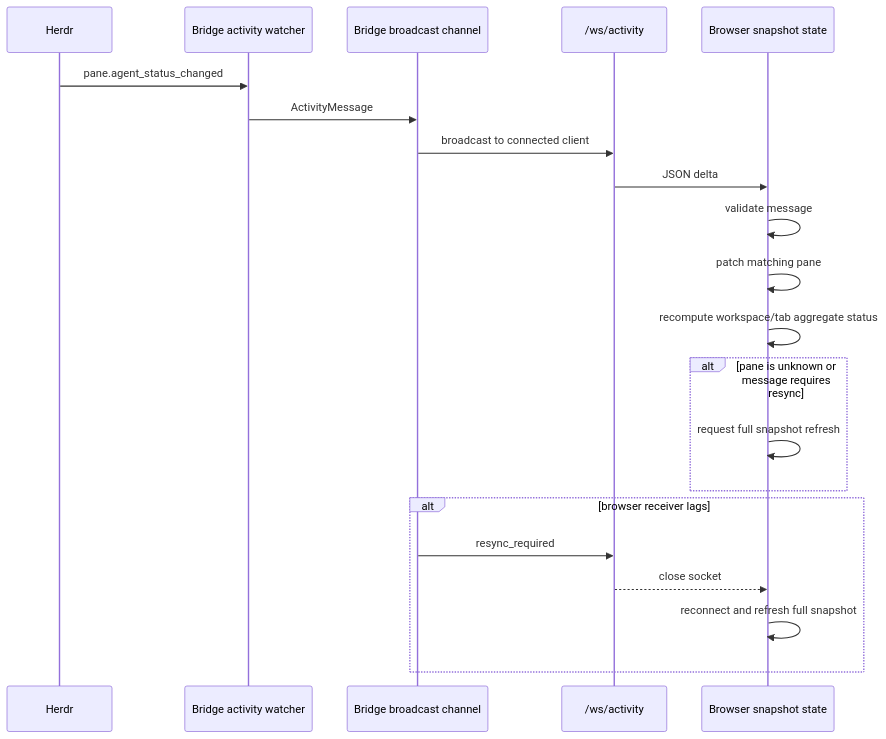
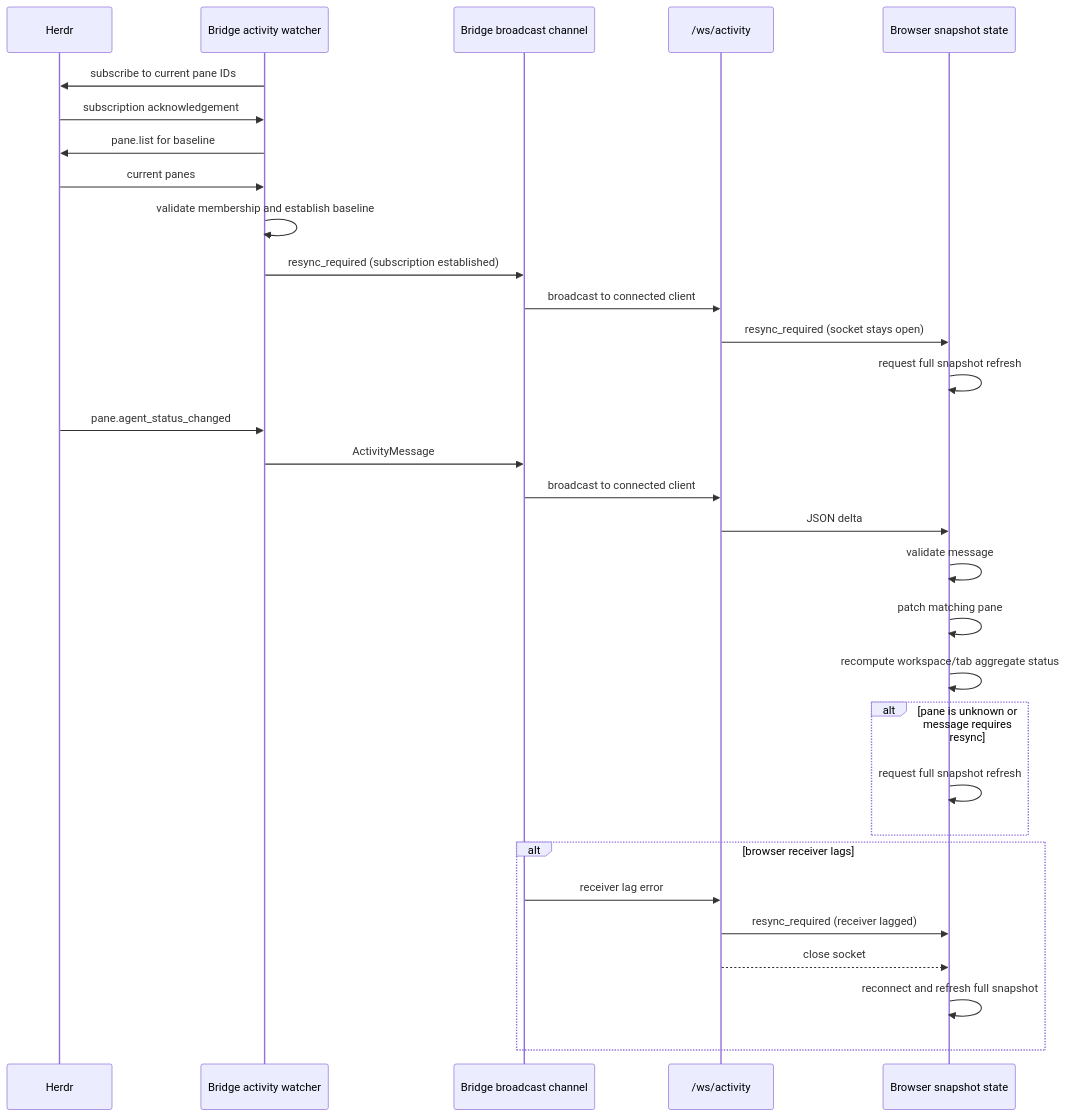
Before and after one commit to kcosr/herdr-web: the second of 3 diagrams in docs/agent-activity-efficiency-design.md, drawn with Mermaid. The commit also changed other lines of this file and 7 other files, not shown here.

````diff
--- a/docs/agent-activity-efficiency-design.md
+++ b/docs/agent-activity-efficiency-design.md
@@ -101,26 +109,37 @@
 ```mermaid
 sequenceDiagram
   participant Herdr
   participant Watcher as Bridge activity watcher
   participant Bus as Bridge broadcast channel
   participant WS as /ws/activity
   participant UI as Browser snapshot state
+
+  Watcher->>Herdr: subscribe to current pane IDs
+  Herdr->>Watcher: subscription acknowledgement
+  Watcher->>Herdr: pane.list for baseline
+  Herdr->>Watcher: current panes
+  Watcher->>Watcher: validate membership and establish baseline
+  Watcher->>Bus: resync_required (subscription established)
+  Bus->>WS: broadcast to connected client
+  WS->>UI: resync_required (socket stays open)
+  UI->>UI: request full snapshot refresh
 
   Herdr->>Watcher: pane.agent_status_changed
   Watcher->>Bus: ActivityMessage
   Bus->>WS: broadcast to connected client
   WS->>UI: JSON delta
   UI->>UI: validate message
   UI->>UI: patch matching pane
   UI->>UI: recompute workspace/tab aggregate status
 
   alt pane is unknown or message requires resync
     UI->>UI: request full snapshot refresh
   end
 
   alt browser receiver lags
-    Bus->>WS: resync_required
+    Bus->>WS: receiver lag error
+    WS->>UI: resync_required (receiver lagged)
     WS-->>UI: close socket
     UI->>UI: reconnect and refresh full snapshot
   end
 ```
````
